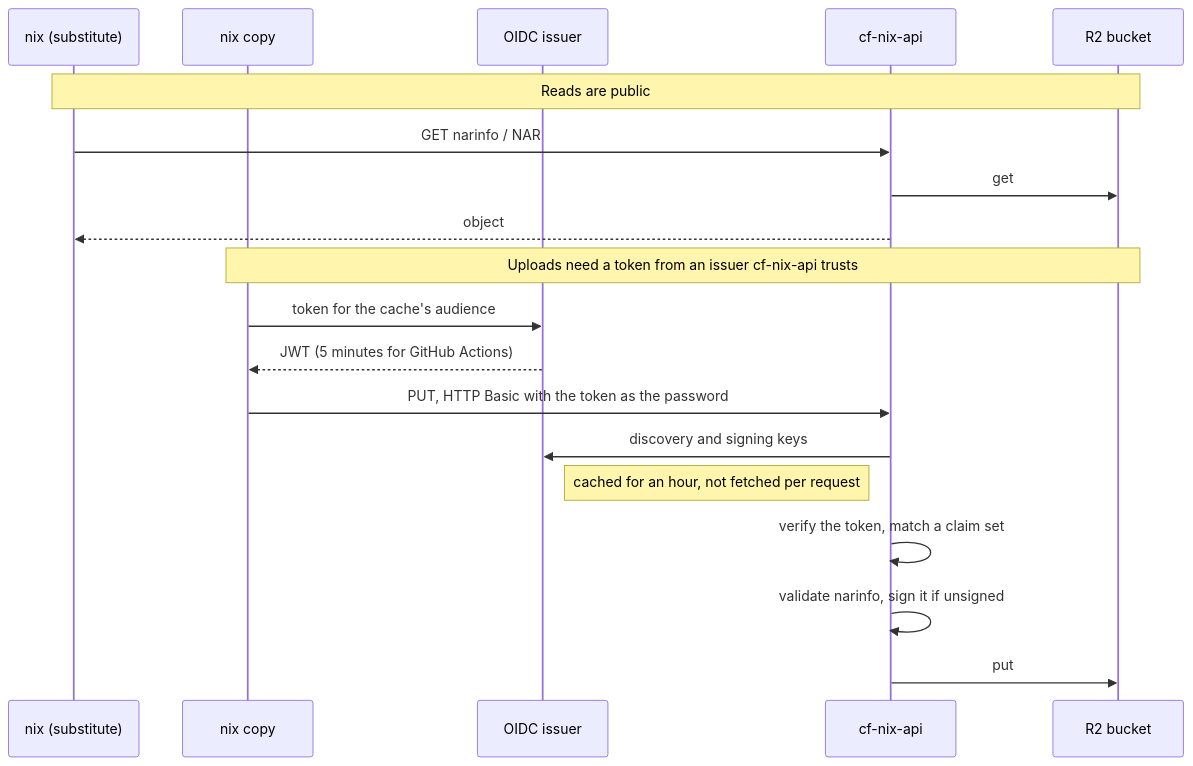
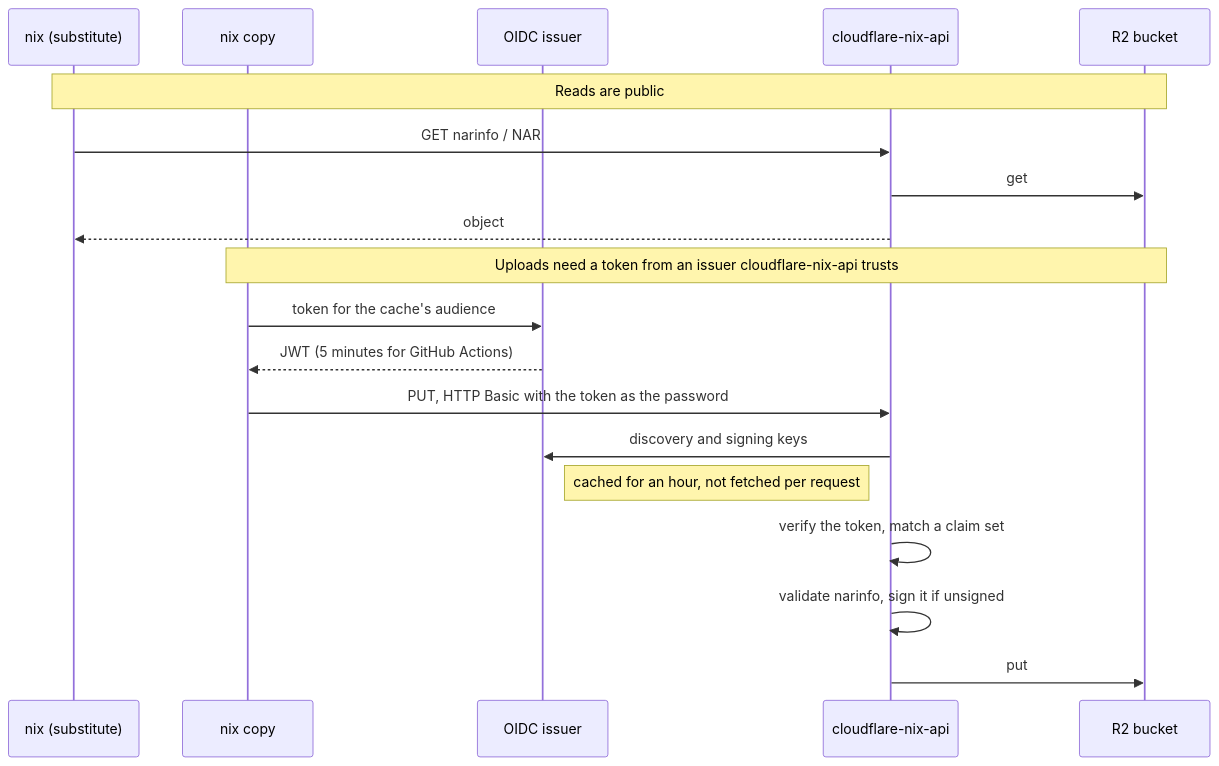
Before and after one commit to cf-contrib/cf-nix: the diagram in README.md, drawn with Mermaid. The commit also changed other lines of this file and 41 other files, not shown here.

First line of the commit message:
refactor!: rename the project cloudflare-nix

````diff
--- a/README.md
+++ b/README.md
@@ -27,23 +27,23 @@
 ```mermaid
 sequenceDiagram
     participant Reader as nix (substitute)
     participant Uploader as nix copy
     participant Issuer as OIDC issuer
-    participant Api as cf-nix-api
+    participant Api as cloudflare-nix-api
     participant R2 as R2 bucket
 
     Note over Reader,R2: Reads are public
     Reader->>Api: GET narinfo / NAR
     Api->>R2: get
     Api-->>Reader: object
 
-    Note over Uploader,R2: Uploads need a token from an issuer cf-nix-api trusts
+    Note over Uploader,R2: Uploads need a token from an issuer cloudflare-nix-api trusts
     Uploader->>Issuer: token for the cache's audience
     Issuer-->>Uploader: JWT (5 minutes for GitHub Actions)
     Uploader->>Api: PUT, HTTP Basic with the token as the password
     Api->>Issuer: discovery and signing keys
     Note right of Issuer: cached for an hour, not fetched per request
     Api->>Api: verify the token, match a claim set
     Api->>Api: validate narinfo, sign it if unsigned
     Api->>R2: put
 ```
````
